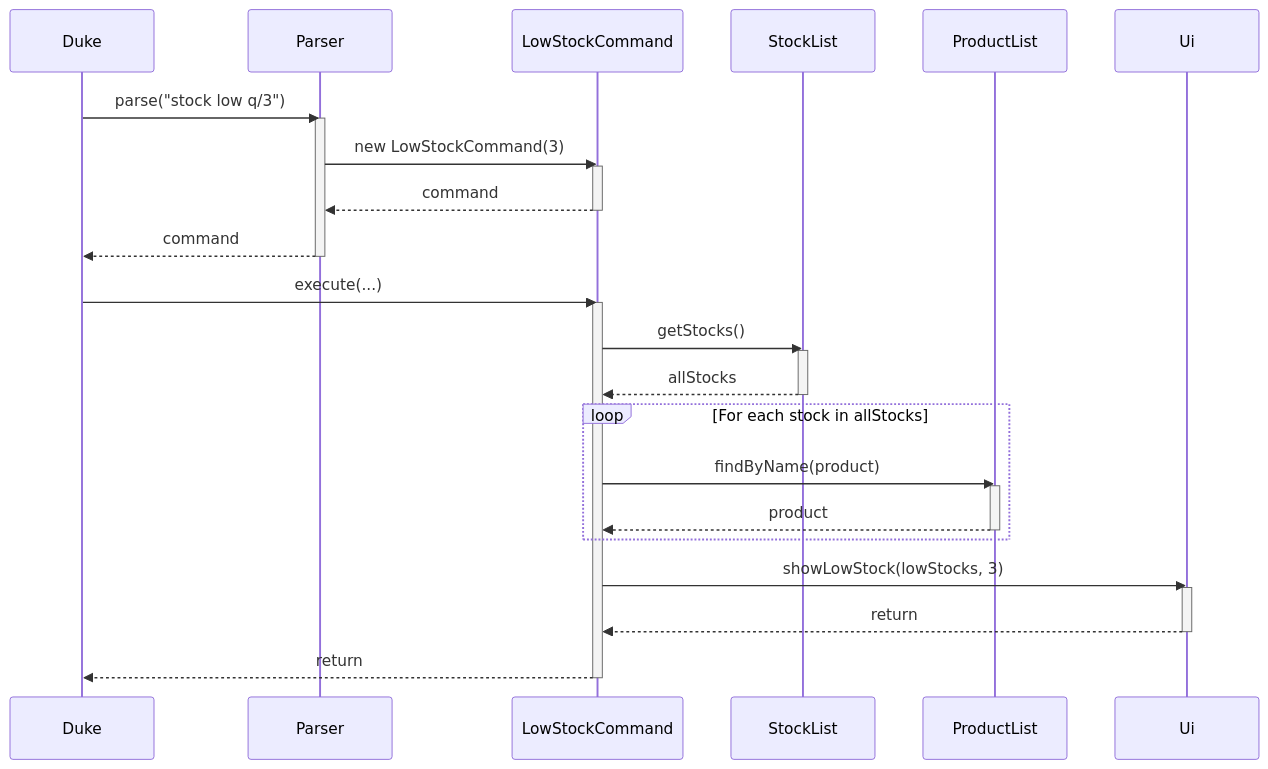
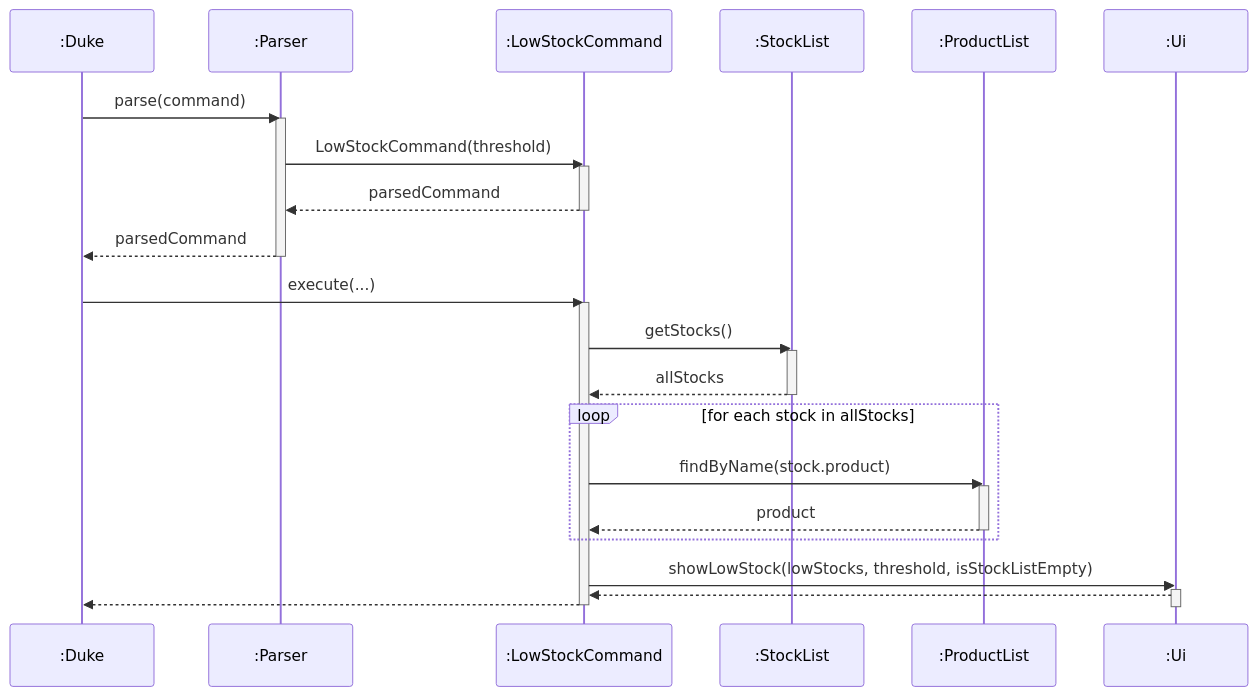
The diagram in docs/diagrams/stock-low-sequence.mmd (AY2627S1-CS2113-T11-1/tp), drawn with Mermaid before and after one commit. The commit also changed 4 other files, not shown here.

```diff
--- a/docs/diagrams/stock-low-sequence.mmd
+++ b/docs/diagrams/stock-low-sequence.mmd
@@ -1,39 +1,39 @@
 sequenceDiagram
-    participant D as Duke
-    participant P as Parser
-    participant C as LowStockCommand
-    participant SL as StockList
-    participant PL as ProductList
-    participant U as Ui
+    participant D as :Duke
+    participant P as :Parser
+    participant C as :LowStockCommand
+    participant SL as :StockList
+    participant PL as :ProductList
+    participant U as :Ui
 
-    D->>P: parse("stock low q/3")
+    D->>P: parse(command)
     activate P
-    P->>C: new LowStockCommand(3)
+    P->>C: LowStockCommand(threshold)
     activate C
-    C-->>P: command
+    C-->>P: parsedCommand
     deactivate C
-    P-->>D: command
+    P-->>D: parsedCommand
     deactivate P
 
     D->>C: execute(...)
     activate C
 
     C->>SL: getStocks()
     activate SL
     SL-->>C: allStocks
     deactivate SL
 
-    loop For each stock in allStocks
-        C->>PL: findByName(product)
+    loop for each stock in allStocks
+        C->>PL: findByName(stock.product)
         activate PL
         PL-->>C: product
         deactivate PL
     end
 
-    C->>U: showLowStock(lowStocks, 3)
+    C->>U: showLowStock(lowStocks, threshold, isStockListEmpty)
     activate U
-    U-->>C: return
+    U-->>C: 
     deactivate U
 
-    C-->>D: return
+    C-->>D: 
     deactivate C
```
